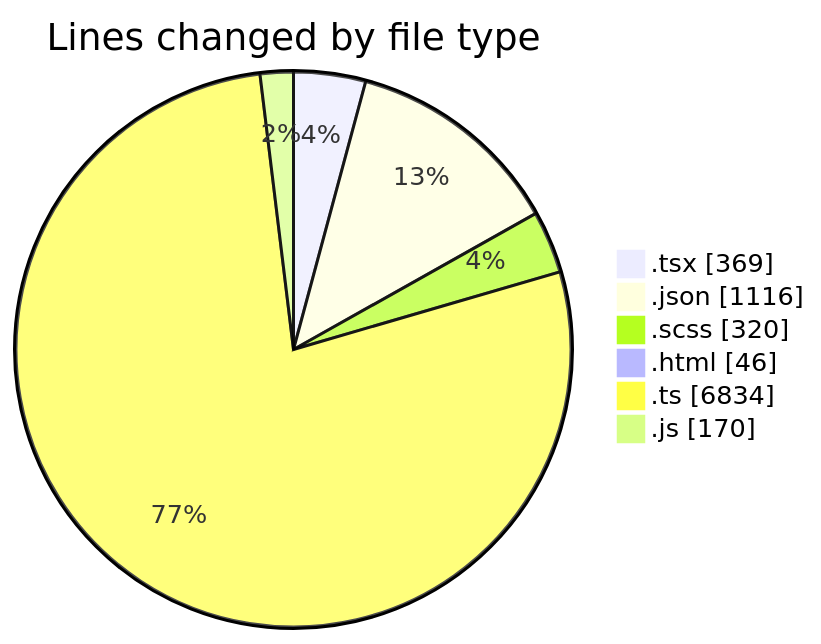
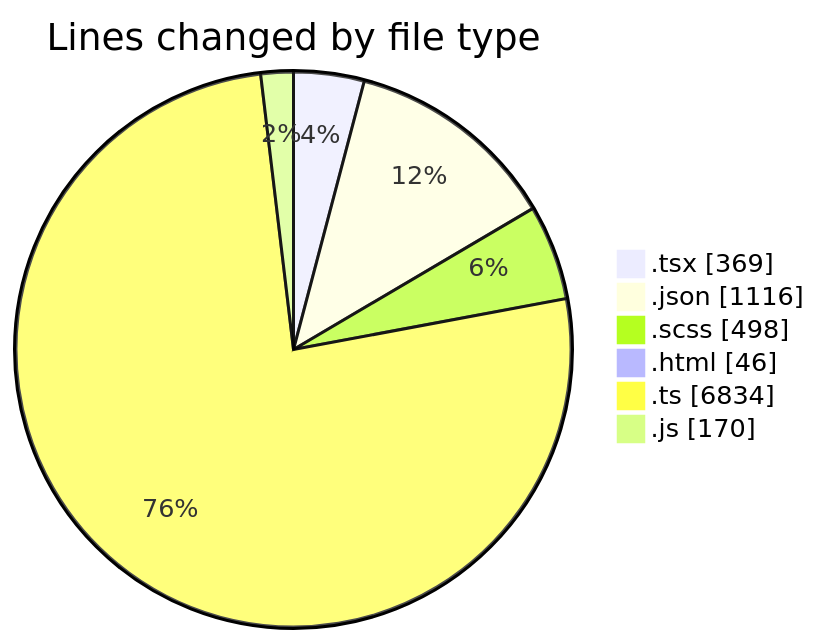
Before and after one commit to momahboobian/code-tracking: the first of 2 diagrams in 2026-04-14/cda/README.md, drawn with Mermaid. The commit also changed other lines of this file and 1 other file, not shown here.

````diff
--- a/2026-04-14/cda/README.md
+++ b/2026-04-14/cda/README.md
@@ -38,10 +39,10 @@
 ```mermaid
 pie showData
 title Lines changed by file type
 ".tsx" : 369
 ".json" : 1116
-".scss" : 320
+".scss" : 498
 ".html" : 46
 ".ts" : 6834
 ".js" : 170
 ```
````
